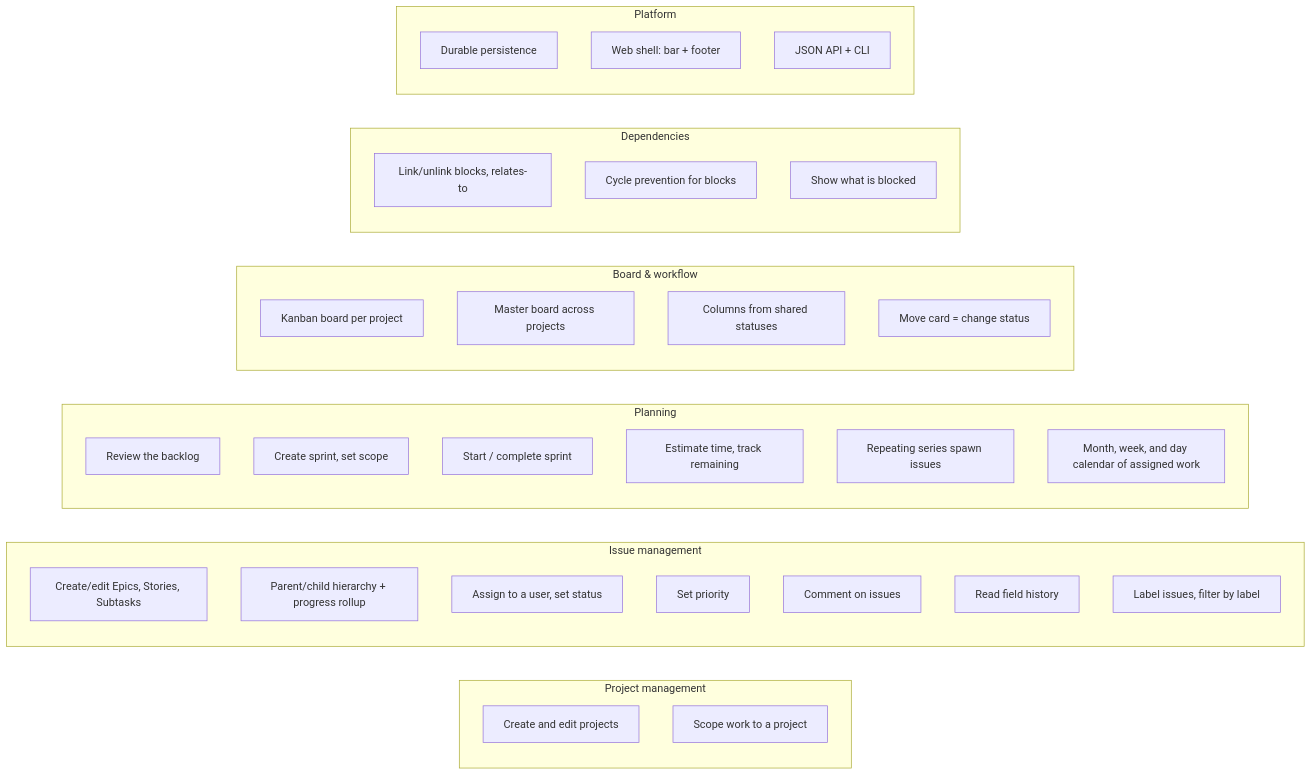
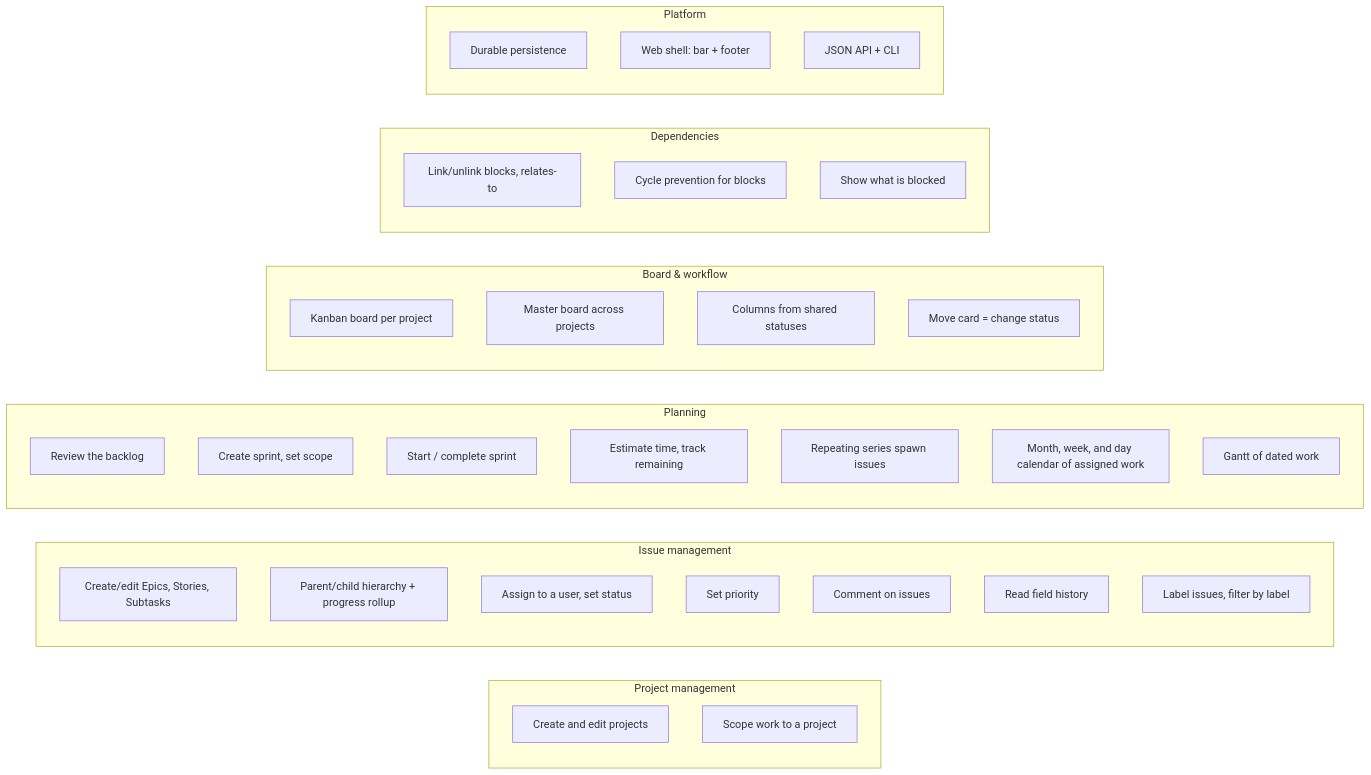
One commit to Mathotics/Keel changed the diagram in docs/architecture/capabilities.md. Above: the diagram before and after it, drawn with Mermaid. The commit also changed other lines of this file and 20 other files, not shown here.

Commit message:
KEEL-14 Added a Gantt chart so dated issues can be compared by length, with blocks and relates-to drawn when both issues are on the page.

````diff
--- a/docs/architecture/capabilities.md
+++ b/docs/architecture/capabilities.md
@@ -5,40 +5,41 @@
 ```mermaid
 flowchart LR
   subgraph Proj["Project management"]
     p1[Create and edit projects]
     p2[Scope work to a project]
   end
   subgraph Issue["Issue management"]
     a1[Create/edit Epics, Stories, Subtasks]
     a2[Parent/child hierarchy + progress rollup]
     a3[Assign to a user, set status]
     a3b[Set priority]
     a4[Comment on issues]
     a5[Read field history]
     a6[Label issues, filter by label]
   end
   subgraph Plan["Planning"]
     b1[Review the backlog]
     b2[Create sprint, set scope]
     b3[Start / complete sprint]
     b4[Estimate time, track remaining]
     b5[Repeating series spawn issues]
     b6[Month, week, and day calendar of assigned work]
+    b7[Gantt of dated work]
   end
   subgraph Board["Board & workflow"]
     c1[Kanban board per project]
     c1b[Master board across projects]
     c2[Columns from shared statuses]
     c3[Move card = change status]
   end
   subgraph Dep["Dependencies"]
     d1[Link/unlink blocks, relates-to]
     d2[Cycle prevention for blocks]
     d3[Show what is blocked]
   end
   subgraph Plat["Platform"]
     e1[Durable persistence]
     e2[Web shell: bar + footer]
     e3[JSON API + CLI]
   end
 ```
````
